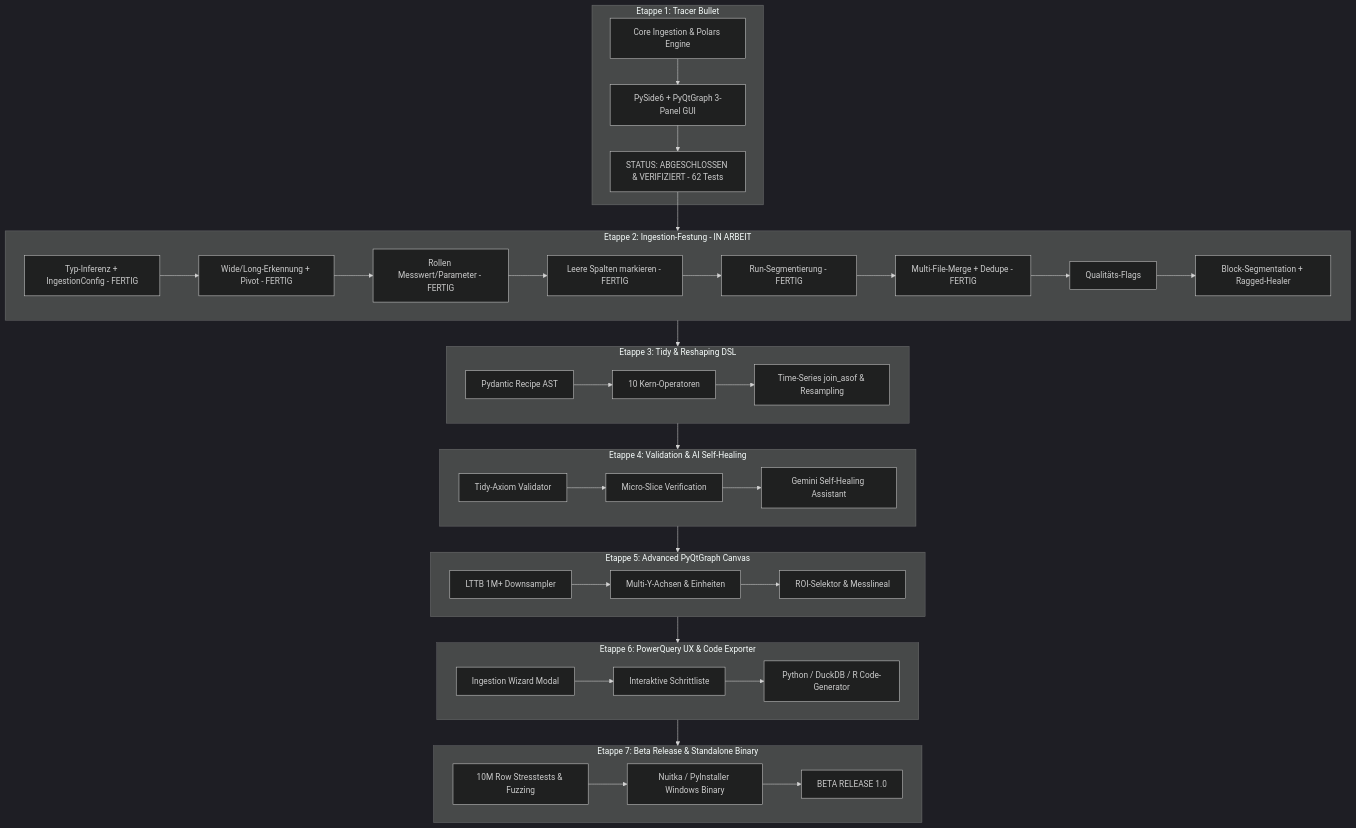
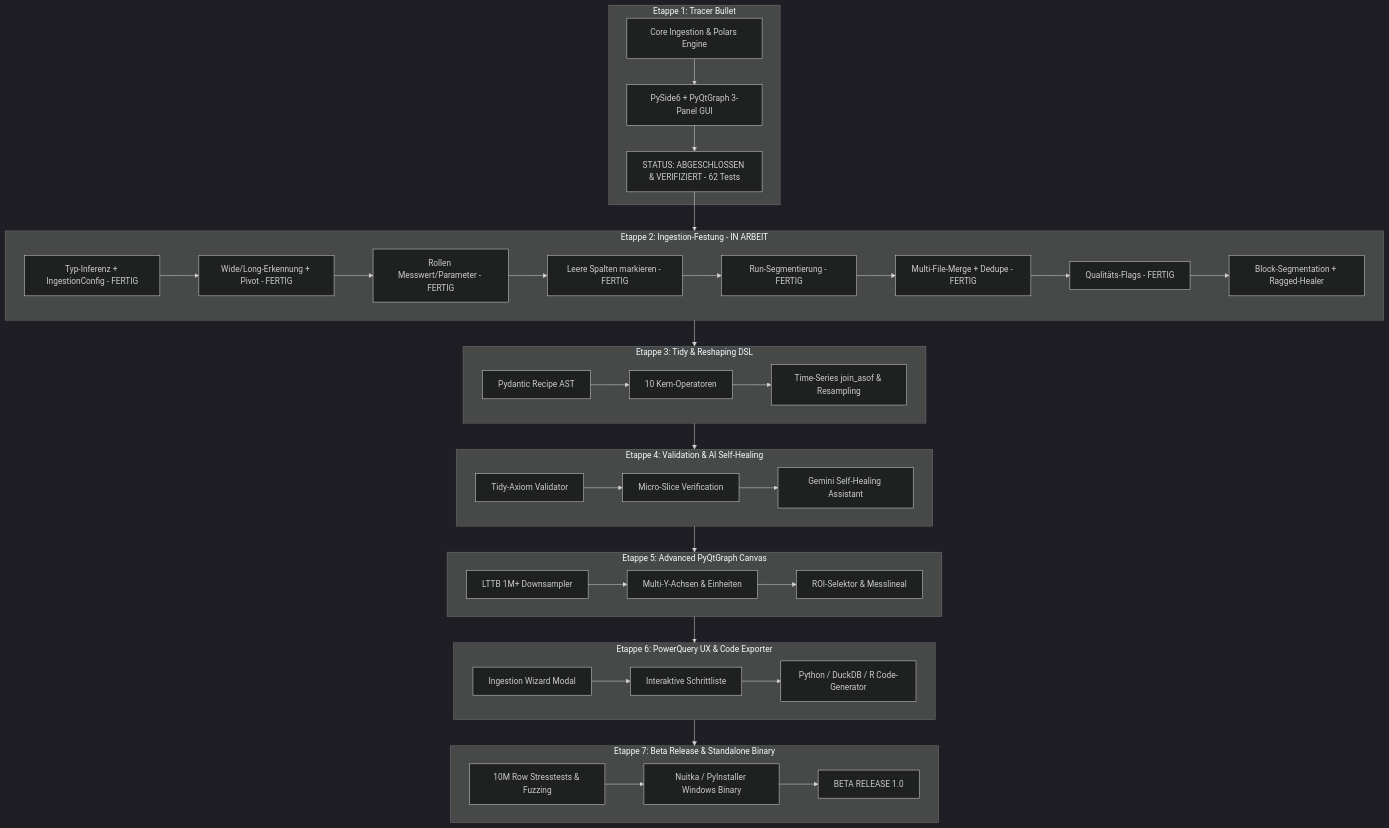
One commit to SeTi100/Datualizer changed the diagram in docs/MASTER_ETAPPEN_PLAN.md. Above: the diagram before and after it, drawn with Mermaid (dark theme). The commit also changed other lines of this file and 14 other files, not shown here.

First line of the commit message:
Qualitäts-Flags: Lücken, Dropout, Sprünge, eingefrorene Sensoren, Plausibilität (P12–P17)

````diff
--- a/docs/MASTER_ETAPPEN_PLAN.md
+++ b/docs/MASTER_ETAPPEN_PLAN.md
@@ -23,49 +23,49 @@
 ```mermaid
 flowchart TD
     subgraph E1 [Etappe 1: Tracer Bullet]
         E1_Core[Core Ingestion & Polars Engine] --> E1_GUI[PySide6 + PyQtGraph 3-Panel GUI]
         E1_GUI --> E1_Done[STATUS: ABGESCHLOSSEN & VERIFIZIERT - 62 Tests]
     end
 
     subgraph E2 [Etappe 2: Ingestion-Festung - IN ARBEIT]
         E2_Type[Typ-Inferenz + IngestionConfig - FERTIG] --> E2_Long[Wide/Long-Erkennung + Pivot - FERTIG]
         E2_Long --> E2_Role[Rollen Messwert/Parameter - FERTIG]
         E2_Role --> E2_Empty[Leere Spalten markieren - FERTIG]
         E2_Empty --> E2_Run[Run-Segmentierung - FERTIG]
         E2_Run --> E2_Merge[Multi-File-Merge + Dedupe - FERTIG]
-        E2_Merge --> E2_Flags[Qualitäts-Flags]
+        E2_Merge --> E2_Flags[Qualitäts-Flags - FERTIG]
         E2_Flags --> E2_Block[Block-Segmentation + Ragged-Healer]
     end
 
     subgraph E3 [Etappe 3: Tidy & Reshaping DSL]
         E3_AST[Pydantic Recipe AST] --> E3_Ops[10 Kern-Operatoren]
         E3_Ops --> E3_Time[Time-Series join_asof & Resampling]
     end
 
     subgraph E4 [Etappe 4: Validation & AI Self-Healing]
         E4_Axiom[Tidy-Axiom Validator] --> E4_Slice[Micro-Slice Verification]
         E4_Slice --> E4_LLM[Gemini Self-Healing Assistant]
     end
 
     subgraph E5 [Etappe 5: Advanced PyQtGraph Canvas]
         E5_LTTB[LTTB 1M+ Downsampler] --> E5_Axes[Multi-Y-Achsen & Einheiten]
         E5_Axes --> E5_Tools[ROI-Selektor & Messlineal]
     end
 
     subgraph E6 [Etappe 6: PowerQuery UX & Code Exporter]
         E6_Wiz[Ingestion Wizard Modal] --> E6_Hist[Interaktive Schrittliste]
         E6_Hist --> E6_Export[Python / DuckDB / R Code-Generator]
     end
 
     subgraph E7 [Etappe 7: Beta Release & Standalone Binary]
         E7_Bench[10M Row Stresstests & Fuzzing] --> E7_Pack[Nuitka / PyInstaller Windows Binary]
         E7_Pack --> E7_Release[BETA RELEASE 1.0]
     end
 
     E1_Done --> E2
     E2 --> E3
     E3 --> E4
     E4 --> E5
     E5 --> E6
     E6 --> E7
 ```
````
